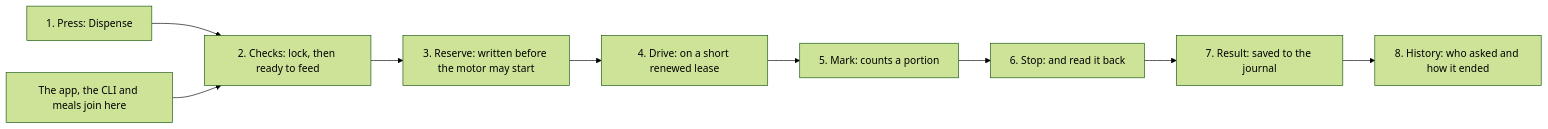
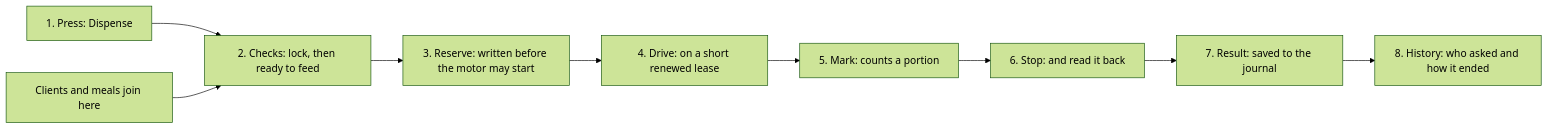
Before and after one commit to Isaac-Duarte/wellfed: the second of 4 diagrams in docs/guide/how-it-works/feeding-safety.md, drawn with Mermaid (forest theme). The commit also changed other lines of this file and 25 other files, not shown here.

````diff
--- a/docs/guide/how-it-works/feeding-safety.md
+++ b/docs/guide/how-it-works/feeding-safety.md
@@ -29,12 +29,12 @@
 ```mermaid
 %% svg: feed-journey.svg
 flowchart LR
   press["1. Press: Dispense"] --> check["2. Checks: lock, then ready to feed"]
-  others["The app, the CLI and meals join here"] --> check
+  others["Clients and meals join here"] --> check
   check --> reserve["3. Reserve: written before the motor may start"]
   reserve --> drive["4. Drive: on a short renewed lease"]
   drive --> mark["5. Mark: counts a portion"]
   mark --> stop["6. Stop: and read it back"]
   stop --> result["7. Result: saved to the journal"]
   result --> history["8. History: who asked and how it ended"]
 ```
````
